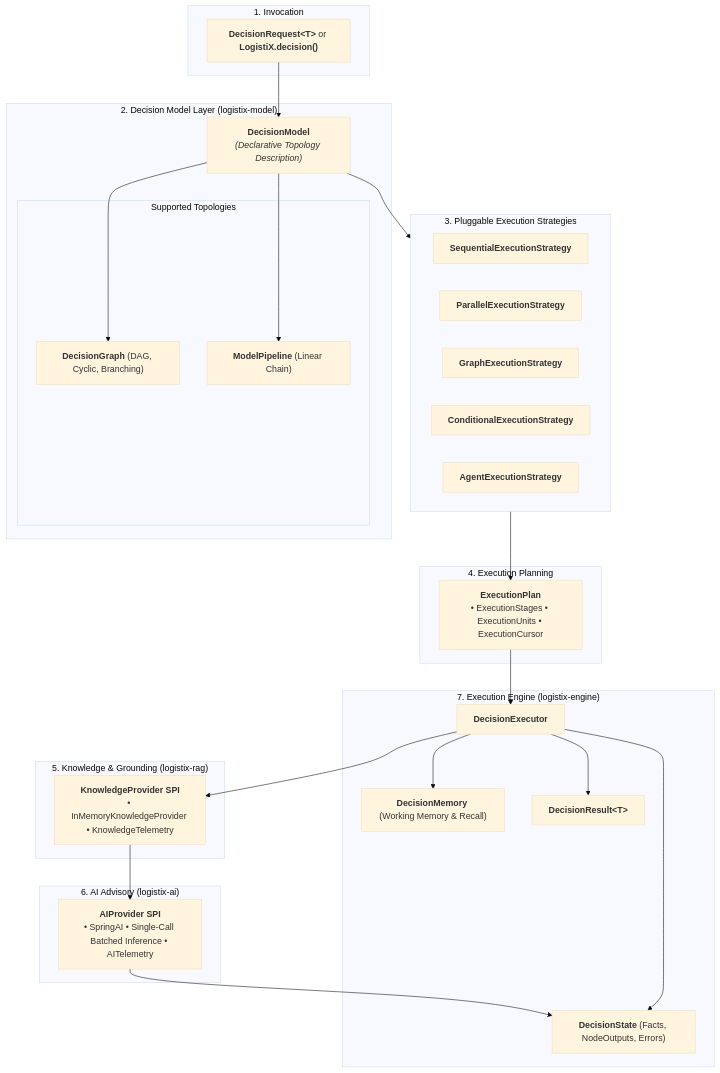
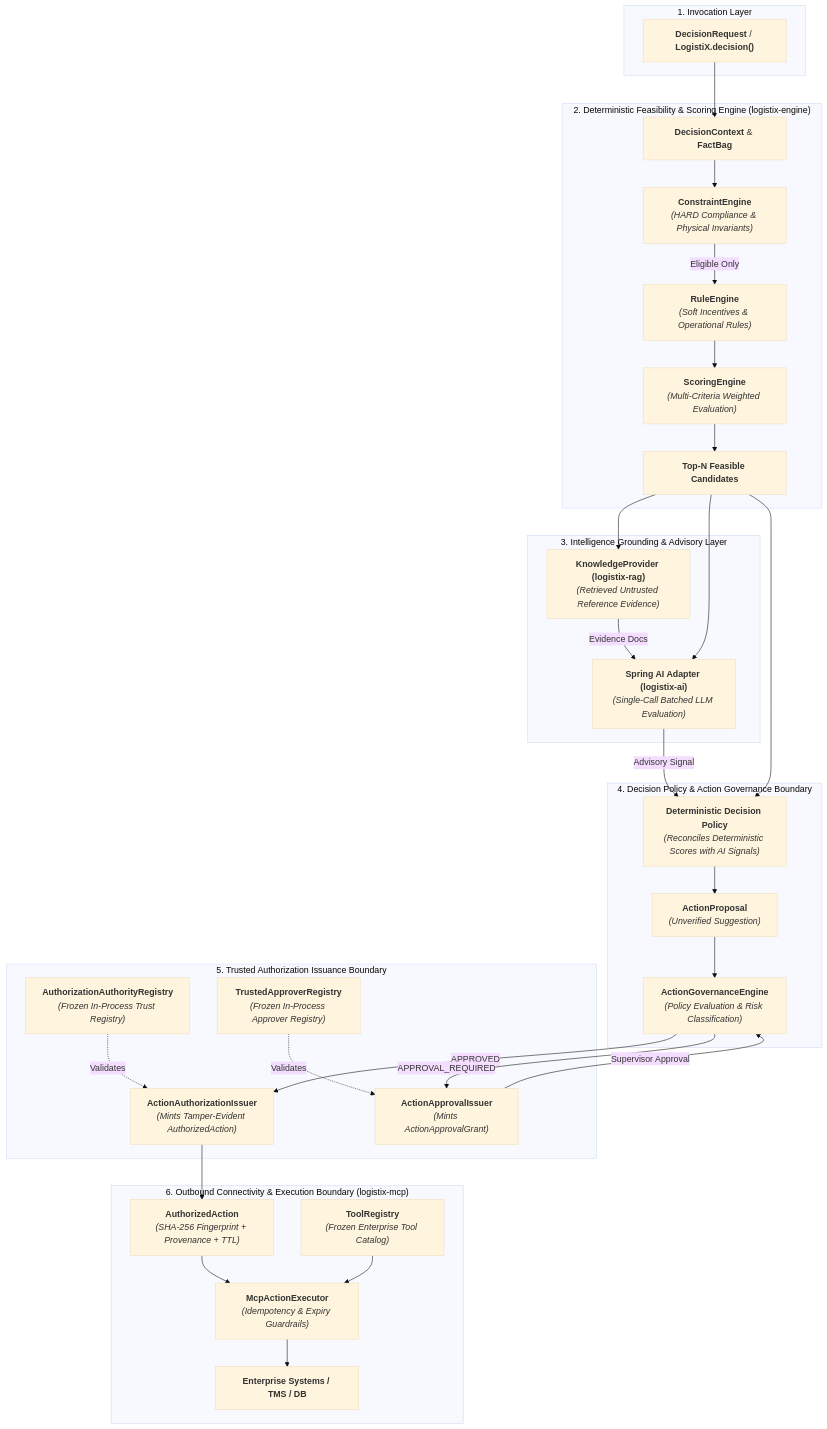
Before and after one commit to venukommu/LogistiX: the diagram in README.md, drawn with Mermaid (base theme). The commit also changed other lines of this file and 2 other files, not shown here.

First line of the commit message:
docs: overhaul README and ARCHITECTURE documentation for v0.1.0 reference baseline

````diff
--- a/README.md
+++ b/README.md
@@ -128,56 +64,66 @@
 ```mermaid
 flowchart TD
-    subgraph Client ["1. Invocation"]
-        REQ["<b>DecisionRequest&lt;T&gt;</b> or <b>LogistiX.decision()</b>"]
+    subgraph Client ["1. Invocation Layer"]
+        REQ["<b>DecisionRequest</b> / <b>LogistiX.decision()</b>"]
     end
 
-    subgraph ModelLayer ["2. Decision Model Layer (logistix-model)"]
-        DM["<b>DecisionModel</b><br/><i>(Declarative Topology Description)</i>"]
-        
-        subgraph Topologies ["Supported Topologies"]
-            DG["<b>DecisionGraph</b> (DAG, Cyclic, Branching)"]
-            DP["<b>ModelPipeline</b> (Linear Chain)"]
-        end
-        
-        DM --> DG
-        DM --> DP
+    subgraph DeterministicCore ["2. Deterministic Feasibility & Scoring Engine (logistix-engine)"]
+        CTX["<b>DecisionContext</b> & <b>FactBag</b>"]
+        FEAS["<b>ConstraintEngine</b><br/><i>(HARD Compliance & Physical Invariants)</i>"]
+        RULES["<b>RuleEngine</b><br/><i>(Soft Incentives & Operational Rules)</i>"]
+        SCORE["<b>ScoringEngine</b><br/><i>(Multi-Criteria Weighted Evaluation)</i>"]
+        TOPN["<b>Top-N Feasible Candidates</b>"]
+
+        CTX --> FEAS
+        FEAS -- Eligible Only --> RULES
+        RULES --> SCORE
+        SCORE --> TOPN
     end
 
-    subgraph StrategyLayer ["3. Pluggable Execution Strategies"]
-        S_SEQ["<b>SequentialExecutionStrategy</b>"]
-        S_PAR["<b>ParallelExecutionStrategy</b>"]
-        S_GRA["<b>GraphExecutionStrategy</b>"]
-        S_CON["<b>ConditionalExecutionStrategy</b>"]
-        S_AGE["<b>AgentExecutionStrategy</b>"]
+    subgraph IntelligenceBoundary ["3. Intelligence Grounding & Advisory Layer"]
+        RAG["<b>KnowledgeProvider (logistix-rag)</b><br/><i>(Retrieved Untrusted Reference Evidence)</i>"]
+        AI["<b>Spring AI Adapter (logistix-ai)</b><br/><i>(Single-Call Batched LLM Evaluation)</i>"]
+
+        TOPN --> RAG
+        TOPN --> AI
+        RAG -- Evidence Docs --> AI
     end
 
-    subgraph Planning ["4. Execution Planning"]
-        PLAN["<b>ExecutionPlan</b><br/>• ExecutionStages &bull; ExecutionUnits &bull; ExecutionCursor"]
+    subgraph GovernanceBoundary ["4. Decision Policy & Action Governance Boundary"]
+        POL["<b>Deterministic Decision Policy</b><br/><i>(Reconciles Deterministic Scores with AI Signals)</i>"]
+        PROP["<b>ActionProposal</b><br/><i>(Unverified Suggestion)</i>"]
+        GOV["<b>ActionGovernanceEngine</b><br/><i>(Policy Evaluation & Risk Classification)</i>"]
+        
+        AI -- Advisory Signal --> POL
+        TOPN --> POL
+        POL --> PROP
+        PROP --> GOV
     end
 
-    subgraph KnowledgeLayer ["5. Knowledge & Grounding (logistix-rag)"]
-        KP["<b>KnowledgeProvider SPI</b><br/>• InMemoryKnowledgeProvider &bull; KnowledgeTelemetry"]
+    subgraph IssuanceLayer ["5. Trusted Authorization Issuance Boundary"]
+        AUTH_REG["<b>AuthorizationAuthorityRegistry</b><br/><i>(Frozen In-Process Trust Registry)</i>"]
+        APP_REG["<b>TrustedApproverRegistry</b><br/><i>(Frozen In-Process Approver Registry)</i>"]
+        ISSUER["<b>ActionAuthorizationIssuer</b><br/><i>(Mints Tamper-Evident AuthorizedAction)</i>"]
+        APP_ISSUER["<b>ActionApprovalIssuer</b><br/><i>(Mints ActionApprovalGrant)</i>"]
+
+        GOV -- APPROVED --> ISSUER
+        GOV -- APPROVAL_REQUIRED --> APP_ISSUER
+        APP_ISSUER -- Supervisor Approval --> GOV
+        AUTH_REG -. Validates .-> ISSUER
+        APP_REG -. Validates .-> APP_ISSUER
     end
 
-    subgraph AILayer ["6. AI Advisory (logistix-ai)"]
-        AI["<b>AIProvider SPI</b><br/>• SpringAI &bull; Single-Call Batched Inference &bull; AITelemetry"]
+    subgraph ExecutionLayer ["6. Outbound Connectivity & Execution Boundary (logistix-mcp)"]
+        AUTH_ACTION["<b>AuthorizedAction</b><br/><i>(SHA-256 Fingerprint + Provenance + TTL)</i>"]
+        EXEC["<b>McpActionExecutor</b><br/><i>(Idempotency & Expiry Guardrails)</i>"]
+        TOOLS["<b>ToolRegistry</b><br/><i>(Frozen Enterprise Tool Catalog)</i>"]
+        MOCK_MCP["<b>Enterprise Systems / TMS / DB</b>"]
+
+        ISSUER --> AUTH_ACTION
+        AUTH_ACTION --> EXEC
+        TOOLS --> EXEC
+        EXEC --> MOCK_MCP
     end
 
-    subgraph Runtime ["7. Execution Engine (logistix-engine)"]
-        STATE["<b>DecisionState</b> (Facts, NodeOutputs, Errors)"]
-        MEM["<b>DecisionMemory</b> (Working Memory & Recall)"]
-        EXEC["<b>DecisionExecutor</b>"]
-        RES["<b>DecisionResult&lt;T&gt;</b>"]
-    end
-
-    REQ --> DM
-    DM --> StrategyLayer
-    StrategyLayer --> PLAN
-    PLAN --> EXEC
-    EXEC --> KP
-    KP --> AI
-    AI --> STATE
-    EXEC --> STATE
-    EXEC --> MEM
-    EXEC --> RES
+    REQ --> CTX
 ```
````
